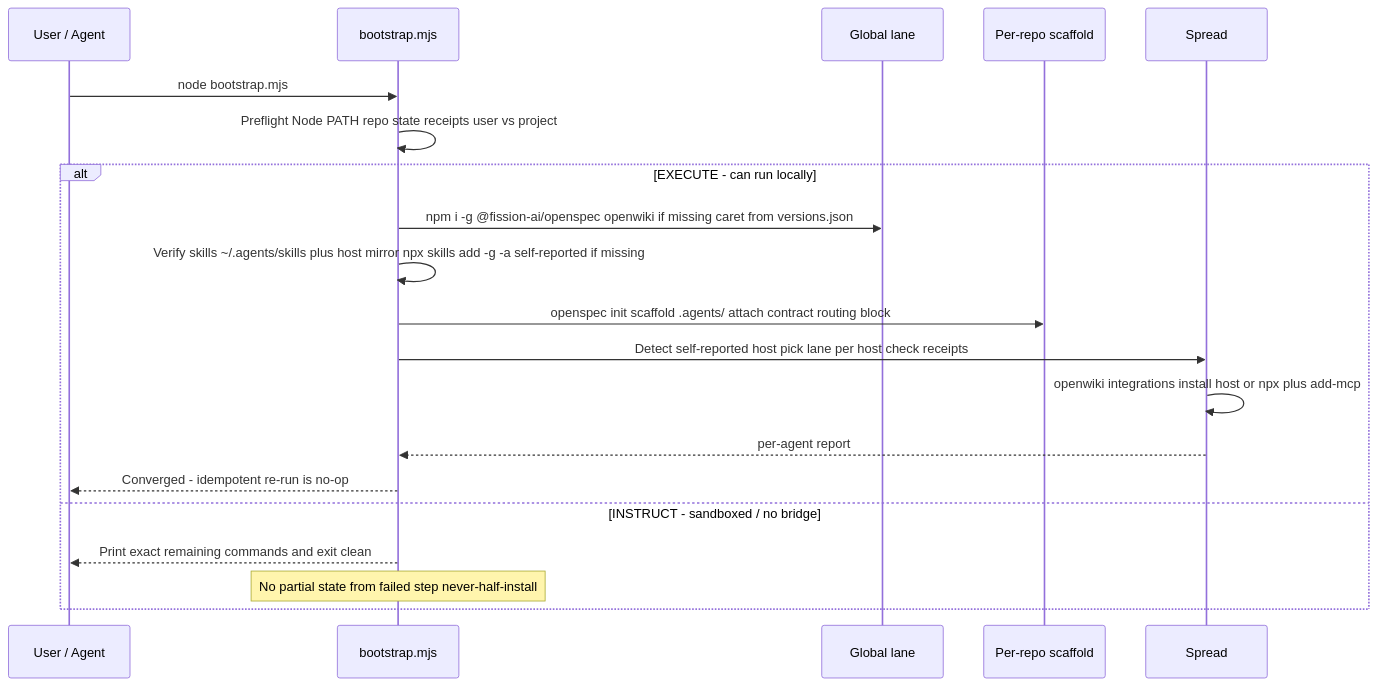
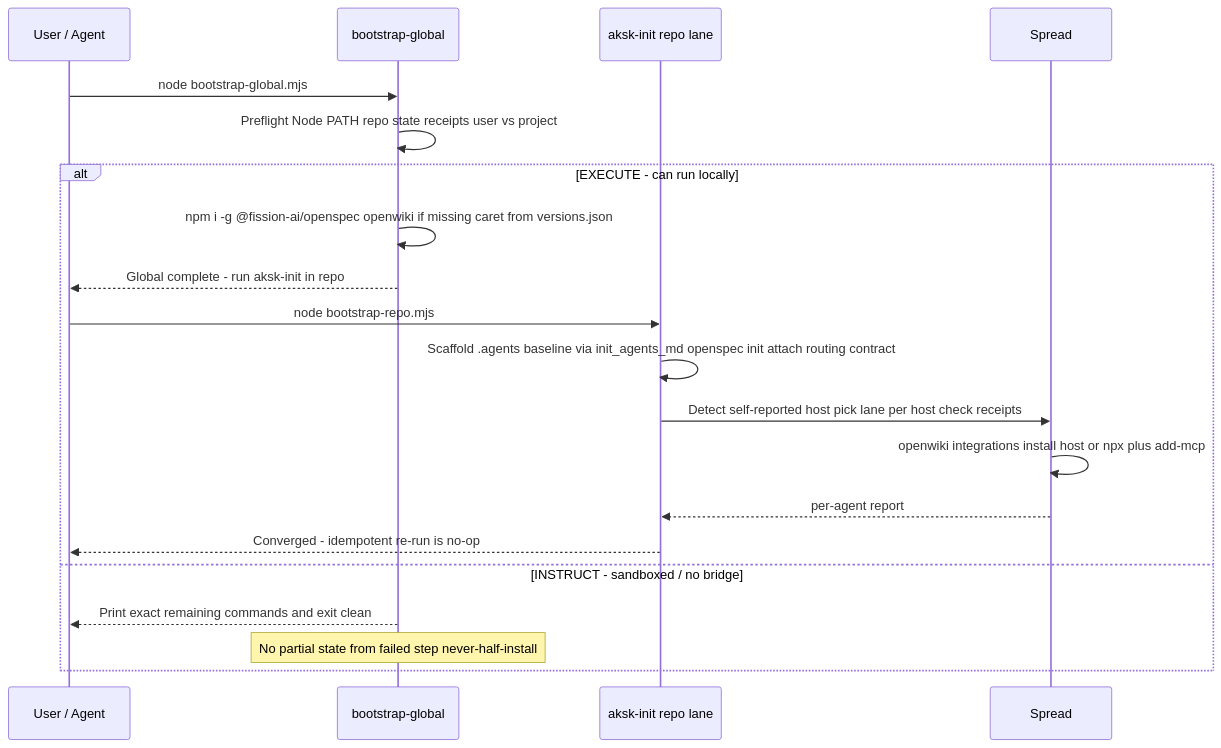
The second of 2 diagrams in openwiki/integrations/distribution-and-agent-spread.md (Hypercubed/Agent-Knowledge-Starter-Kit), drawn with Mermaid before and after one commit. The commit also changed other lines of this file and 80 other files, not shown here.

````diff
--- a/openwiki/integrations/distribution-and-agent-spread.md
+++ b/openwiki/integrations/distribution-and-agent-spread.md
@@ -213,23 +200,23 @@
 ```mermaid
 sequenceDiagram
     participant U as User / Agent
-    participant B as bootstrap.mjs
-    participant G as Global lane
-    participant R as Per-repo scaffold
+    participant B as bootstrap-global
+    participant R as aksk-init repo lane
     participant S as Spread
 
-    U->>B: node bootstrap.mjs
+    U->>B: node bootstrap-global.mjs
     B->>B: Preflight Node PATH repo state receipts user vs project
     alt EXECUTE - can run locally
-        B->>G: npm i -g @fission-ai/openspec openwiki if missing caret from versions.json
-        B->>B: Verify skills ~/.agents/skills plus host mirror npx skills add -g -a self-reported if missing
-        B->>R: openspec init scaffold .agents/ attach contract routing block
-        B->>S: Detect self-reported host pick lane per host check receipts
+        B->>B: npm i -g @fission-ai/openspec openwiki if missing caret from versions.json
+        B-->>U: Global complete - run aksk-init in repo
+        U->>R: node bootstrap-repo.mjs
+        R->>R: Scaffold .agents baseline via init_agents_md openspec init attach routing contract
+        R->>S: Detect self-reported host pick lane per host check receipts
         S->>S: openwiki integrations install host or npx plus add-mcp
-        S-->>B: per-agent report
-        B-->>U: Converged - idempotent re-run is no-op
+        S-->>R: per-agent report
+        R-->>U: Converged - idempotent re-run is no-op
     else INSTRUCT - sandboxed / no bridge
         B-->>U: Print exact remaining commands and exit clean
         Note over B: No partial state from failed step never-half-install
     end
 ```
````
